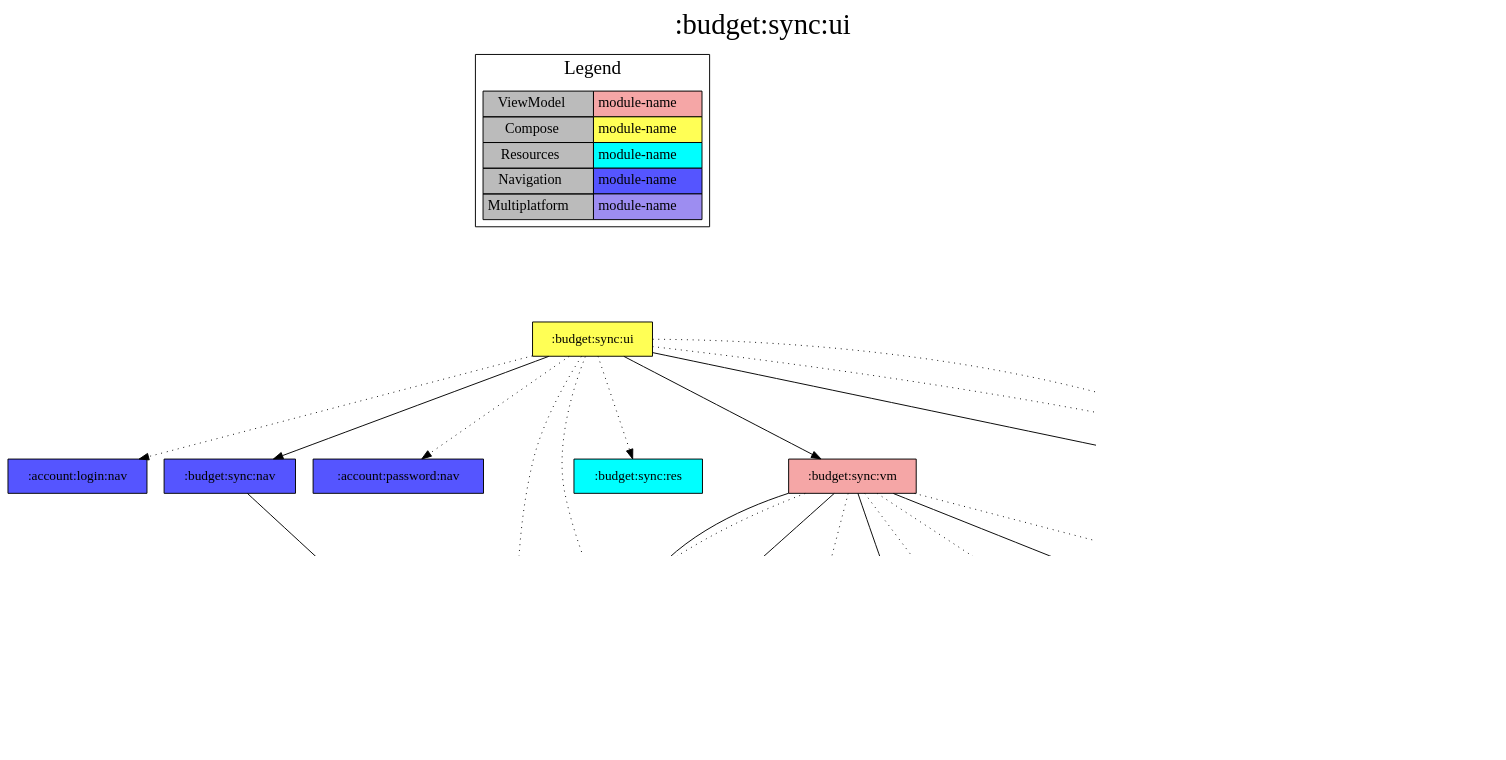
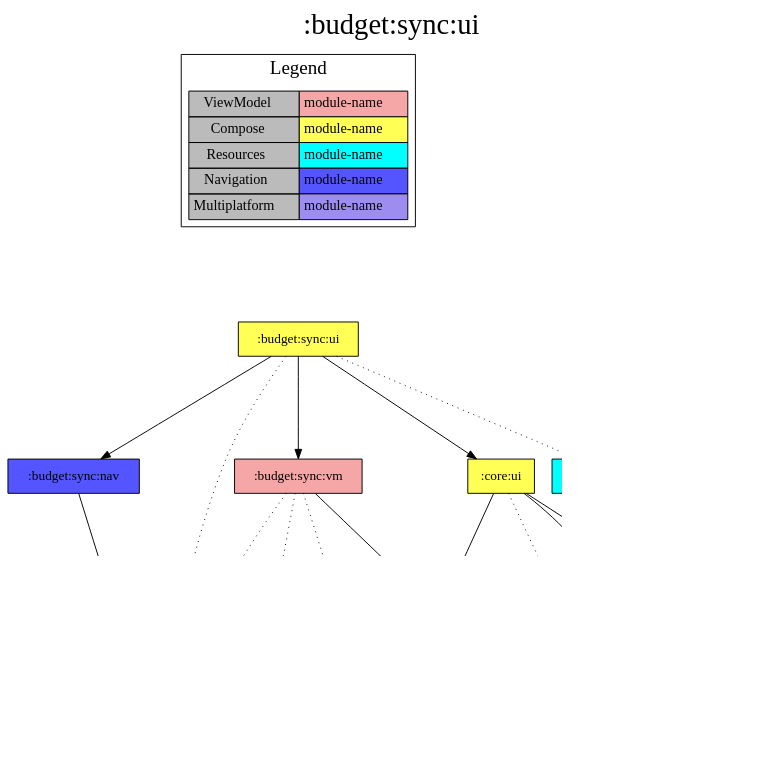
The diagram in modules/budget/sync/ui/project-dependency-graph.dot (jonapoul/aktual), drawn with Graphviz before and after one commit. The commit also changed 61 other files, not shown here.

```diff
--- a/modules/budget/sync/ui/project-dependency-graph.dot
+++ b/modules/budget/sync/ui/project-dependency-graph.dot
@@ -1,75 +1,55 @@
 digraph {
 edge ["dir"="forward"]
 graph ["dpi"="100","label"=":budget:sync:ui","labelloc"="t","fontsize"="30","ranksep"="1.5","rankdir"="TB"]
 node ["style"="filled"]
-":account:login:nav" ["fillcolor"="#5555FF","shape"="box"]
 ":account:model" ["fillcolor"="#9D8DF1","shape"="box"]
-":account:password:nav" ["fillcolor"="#5555FF","shape"="box"]
 ":api:actual" ["fillcolor"="#9D8DF1","shape"="box"]
-":api:builder" ["fillcolor"="#9D8DF1","shape"="box"]
 ":api:core" ["fillcolor"="#9D8DF1","shape"="box"]
-":api:download" ["fillcolor"="#9D8DF1","shape"="box"]
 ":budget:model" ["fillcolor"="#9D8DF1","shape"="box"]
 ":budget:sync:nav" ["fillcolor"="#5555FF","shape"="box"]
 ":budget:sync:res" ["fillcolor"="#00FFFF","shape"="box"]
 ":budget:sync:ui" ["fillcolor"="#FFFF55","shape"="box"]
 ":budget:sync:vm" ["fillcolor"="#F5A6A6","shape"="box"]
 ":core:buildconfig" ["fillcolor"="#9D8DF1","shape"="box"]
 ":core:colorscheme" ["fillcolor"="#9D8DF1","shape"="box"]
 ":core:res" ["fillcolor"="#00FFFF","shape"="box"]
 ":core:ui" ["fillcolor"="#FFFF55","shape"="box"]
 ":core:versions" ["fillcolor"="#9D8DF1","shape"="box"]
 ":url:model" ["fillcolor"="#9D8DF1","shape"="box"]
-":url:nav" ["fillcolor"="#5555FF","shape"="box"]
-":url:prefs" ["fillcolor"="#9D8DF1","shape"="box"]
 {
 edge ["dir"="none"]
 graph ["rank"="same"]
 }
 ":api:actual" -> ":account:model"
-":api:actual" -> ":api:core"
+":api:actual" -> ":api:core" ["style"="dotted"]
 ":api:actual" -> ":budget:model"
 ":api:actual" -> ":url:model"
-":api:builder" -> ":url:model"
-":api:download" -> ":api:core" ["style"="dotted"]
-":api:download" -> ":budget:model"
 ":budget:sync:nav" -> ":account:model"
-":budget:sync:ui" -> ":account:login:nav" ["style"="dotted"]
 ":budget:sync:ui" -> ":account:model" ["style"="dotted"]
-":budget:sync:ui" -> ":account:password:nav" ["style"="dotted"]
-":budget:sync:ui" -> ":budget:model" ["style"="dotted"]
 ":budget:sync:ui" -> ":budget:sync:nav"
 ":budget:sync:ui" -> ":budget:sync:res" ["style"="dotted"]
 ":budget:sync:ui" -> ":budget:sync:vm"
-":budget:sync:ui" -> ":core:res" ["style"="dotted"]
 ":budget:sync:ui" -> ":core:ui"
-":budget:sync:ui" -> ":url:nav" ["style"="dotted"]
 ":budget:sync:vm" -> ":account:model" ["style"="dotted"]
 ":budget:sync:vm" -> ":api:actual" ["style"="dotted"]
-":budget:sync:vm" -> ":api:builder" ["style"="dotted"]
-":budget:sync:vm" -> ":api:download"
-":budget:sync:vm" -> ":budget:model"
+":budget:sync:vm" -> ":budget:model" ["style"="dotted"]
 ":budget:sync:vm" -> ":core:colorscheme"
-":budget:sync:vm" -> ":core:versions" ["style"="dotted"]
-":budget:sync:vm" -> ":url:model"
-":budget:sync:vm" -> ":url:prefs" ["style"="dotted"]
 ":core:ui" -> ":core:colorscheme"
 ":core:ui" -> ":core:res" ["style"="dotted"]
 ":core:ui" -> ":core:versions"
 ":core:ui" -> ":url:model"
 ":core:versions" -> ":core:buildconfig"
-":url:prefs" -> ":url:model"
 subgraph "cluster_legend" {
 edge ["dir"="none"]
 graph ["label"="Legend","fontsize"="20"]
 "Legend" ["style"="filled","fillcolor"="#bbbbbb","shape"="none","margin"="0","fontsize"="15","label"=<
 <TABLE BORDER="0" CELLBORDER="1" CELLSPACING="0" CELLPADDING="4">
 <TR><TD>ViewModel</TD><TD BGCOLOR="#F5A6A6">module-name</TD></TR>
 <TR><TD>Compose</TD><TD BGCOLOR="#FFFF55">module-name</TD></TR>
 <TR><TD>Resources</TD><TD BGCOLOR="#00FFFF">module-name</TD></TR>
 <TR><TD>Navigation</TD><TD BGCOLOR="#5555FF">module-name</TD></TR>
 <TR><TD>Multiplatform</TD><TD BGCOLOR="#9D8DF1">module-name</TD></TR>
 </TABLE>
 >]
 } -> ":budget:sync:ui" ["style"="invis"]
 }
```
